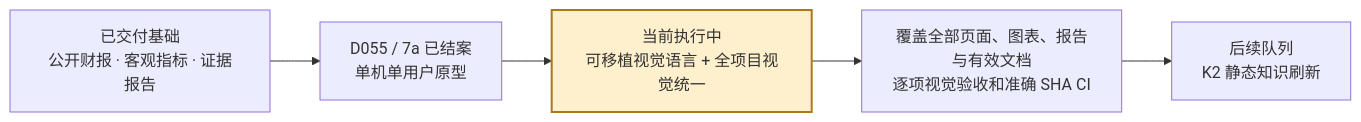
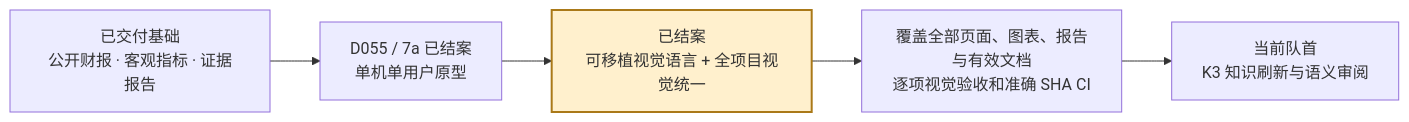
The tenth of 10 diagrams in README.md (davyzhong/FLOW), drawn with Mermaid before and after one commit. The commit also changed other lines of this file and 13 other files, not shown here.

````diff
--- a/README.md
+++ b/README.md
@@ -815,8 +815,8 @@
 ```mermaid
 flowchart LR
     A["已交付基础<br/>公开财报 · 客观指标 · 证据报告"] --> B["D055 / 7a 已结案<br/>单机单用户原型"]
-    B --> C["当前执行中<br/>可移植视觉语言 + 全项目视觉统一"]
+    B --> C["已结案<br/>可移植视觉语言 + 全项目视觉统一"]
     C --> D["覆盖全部页面、图表、报告与有效文档<br/>逐项视觉验收和准确 SHA CI"]
-    D --> E["后续队列<br/>K2 静态知识刷新"]
+    D --> E["当前队首<br/>K3 知识刷新与语义审阅"]
     style C fill:#fff0cd,stroke:#aa7918,stroke-width:2px
 ```
````
